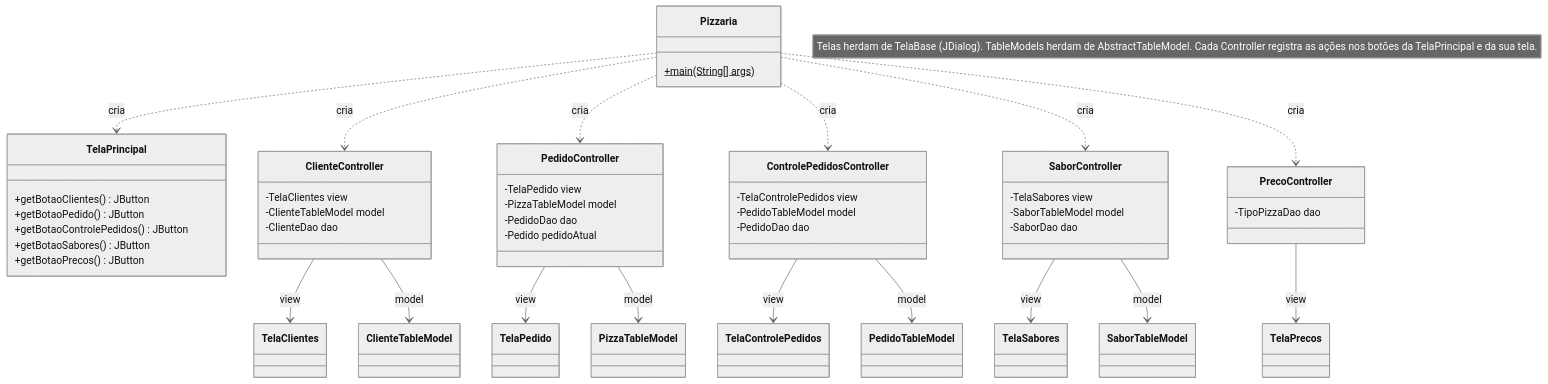
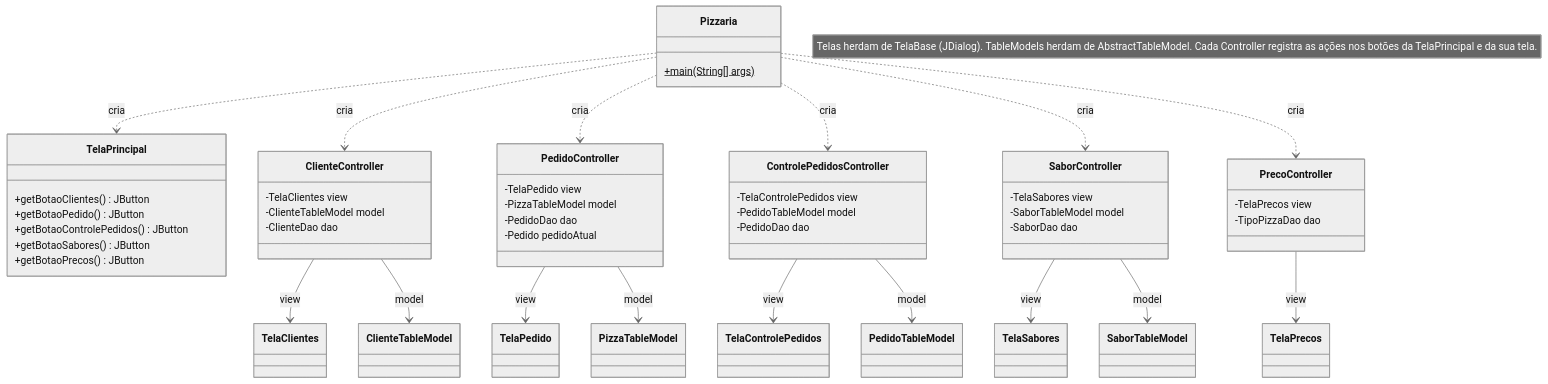
Before and after one commit to Git-Mello/Pizzaria2.0: the diagram in docs/diagrama-mvc.mmd, drawn with Mermaid (neutral theme). The commit also changed 3 other files, not shown here.

First line of the commit message:
Atualiza diagramas (fontes Mermaid), README e CLAUDE.md

```diff
--- a/docs/diagrama-mvc.mmd
+++ b/docs/diagrama-mvc.mmd
@@ -1,52 +1,53 @@
 classDiagram
     direction TB
     class Pizzaria {
         +main(String[] args)$
     }
     class TelaPrincipal {
         +getBotaoClientes() JButton
         +getBotaoPedido() JButton
         +getBotaoControlePedidos() JButton
         +getBotaoSabores() JButton
         +getBotaoPrecos() JButton
     }
     class ClienteController {
         -TelaClientes view
         -ClienteTableModel model
         -ClienteDao dao
     }
     class PedidoController {
         -TelaPedido view
         -PizzaTableModel model
         -PedidoDao dao
         -Pedido pedidoAtual
     }
     class ControlePedidosController {
         -TelaControlePedidos view
         -PedidoTableModel model
         -PedidoDao dao
     }
     class SaborController {
         -TelaSabores view
         -SaborTableModel model
         -SaborDao dao
     }
     class PrecoController {
+        -TelaPrecos view
         -TipoPizzaDao dao
     }
     Pizzaria ..> TelaPrincipal : cria
     Pizzaria ..> ClienteController : cria
     Pizzaria ..> PedidoController : cria
     Pizzaria ..> ControlePedidosController : cria
     Pizzaria ..> SaborController : cria
     Pizzaria ..> PrecoController : cria
     ClienteController --> TelaClientes : view
     ClienteController --> ClienteTableModel : model
     PedidoController --> TelaPedido : view
     PedidoController --> PizzaTableModel : model
     ControlePedidosController --> TelaControlePedidos : view
     ControlePedidosController --> PedidoTableModel : model
     SaborController --> TelaSabores : view
     SaborController --> SaborTableModel : model
     PrecoController --> TelaPrecos : view
     note "Telas herdam de TelaBase (JDialog). TableModels herdam de AbstractTableModel. Cada Controller registra as ações nos botões da TelaPrincipal e da sua tela."
```
